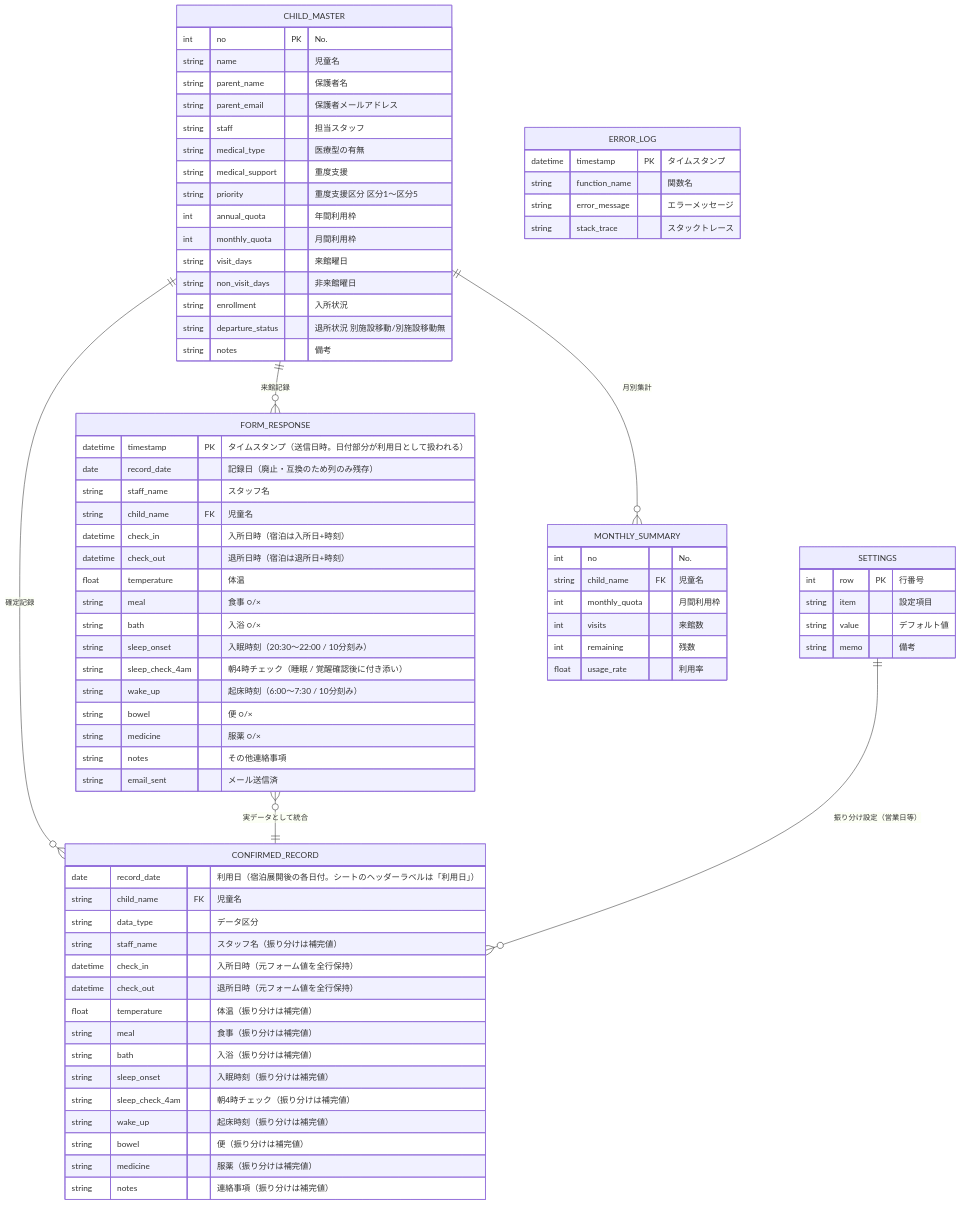
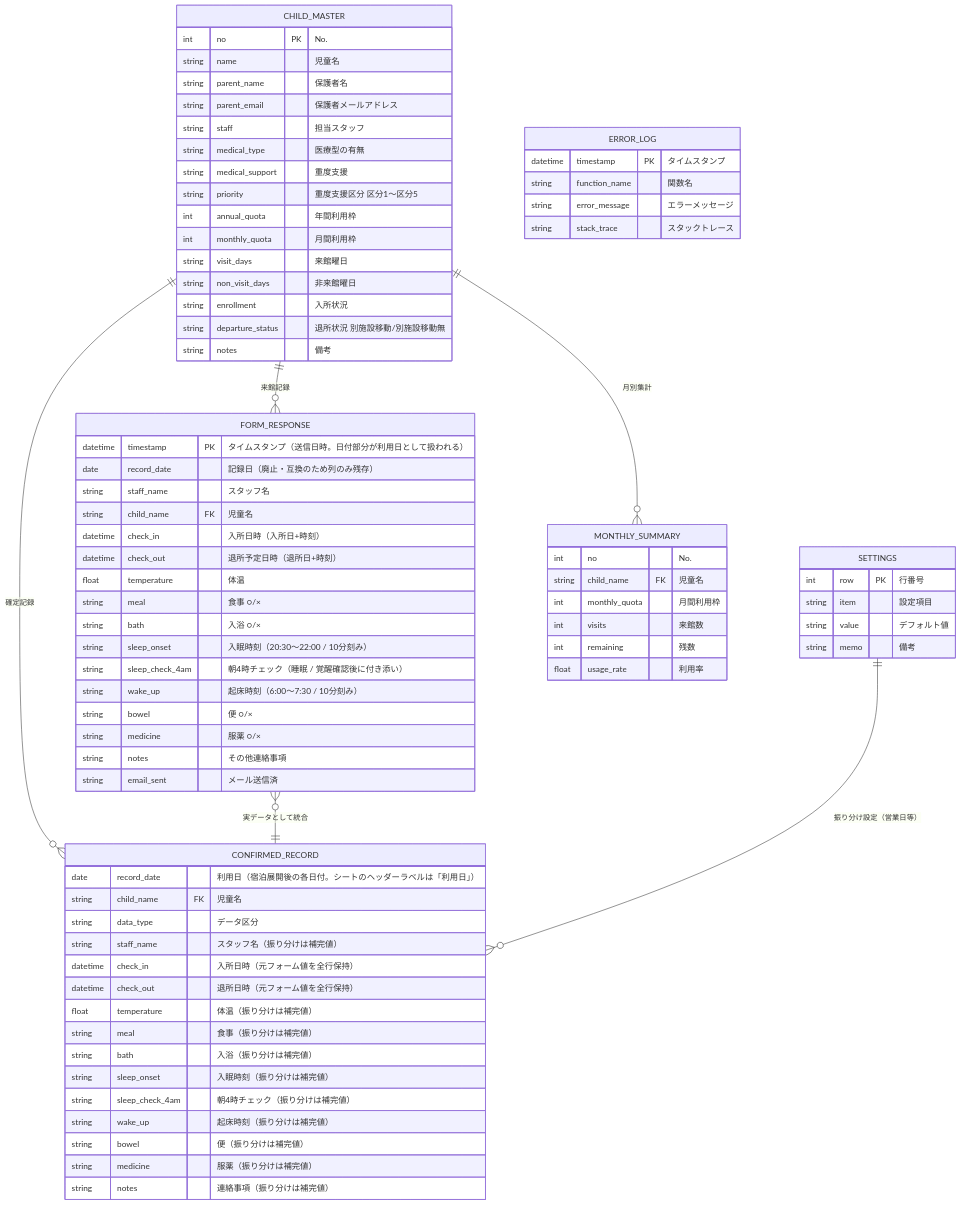
Before and after one commit to Tatetsu/oen-yorimado: the diagram in docs/er-diagram.md, drawn with Mermaid. The commit also changed other lines of this file and 24 other files, not shown here.

```diff
--- a/docs/er-diagram.md
+++ b/docs/er-diagram.md
@@ -34,8 +34,8 @@
         date record_date "記録日（廃止・互換のため列のみ残存）"
         string staff_name "スタッフ名"
         string child_name FK "児童名"
-        datetime check_in "入所日時（宿泊は入所日+時刻）"
-        datetime check_out "退所日時（宿泊は退所日+時刻）"
+        datetime check_in "入所日時（入所日+時刻）"
+        datetime check_out "退所予定日時（退所日+時刻）"
         float temperature "体温"
         string meal "食事 ○/×"
         string bath "入浴 ○/×"
```
